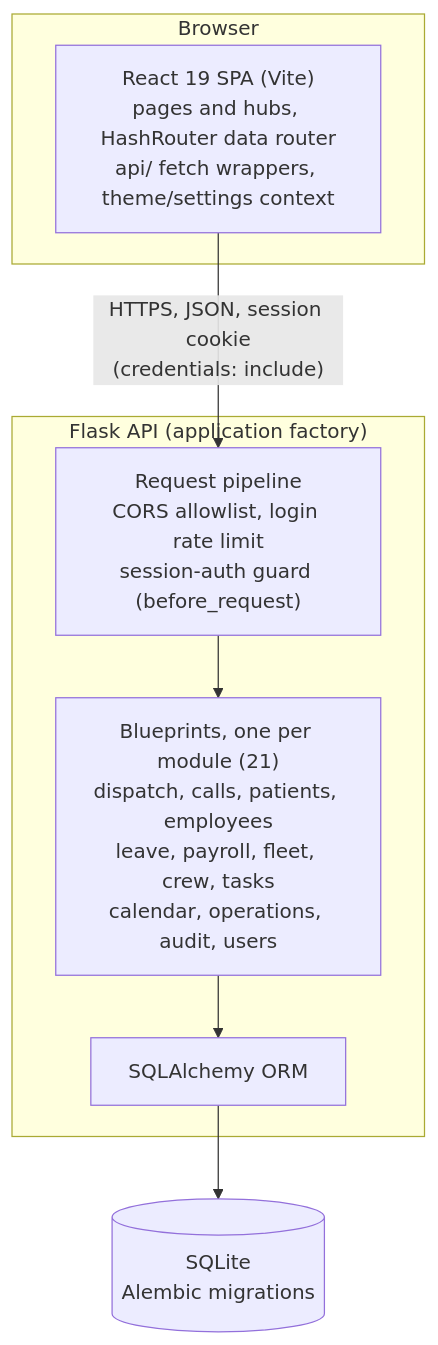
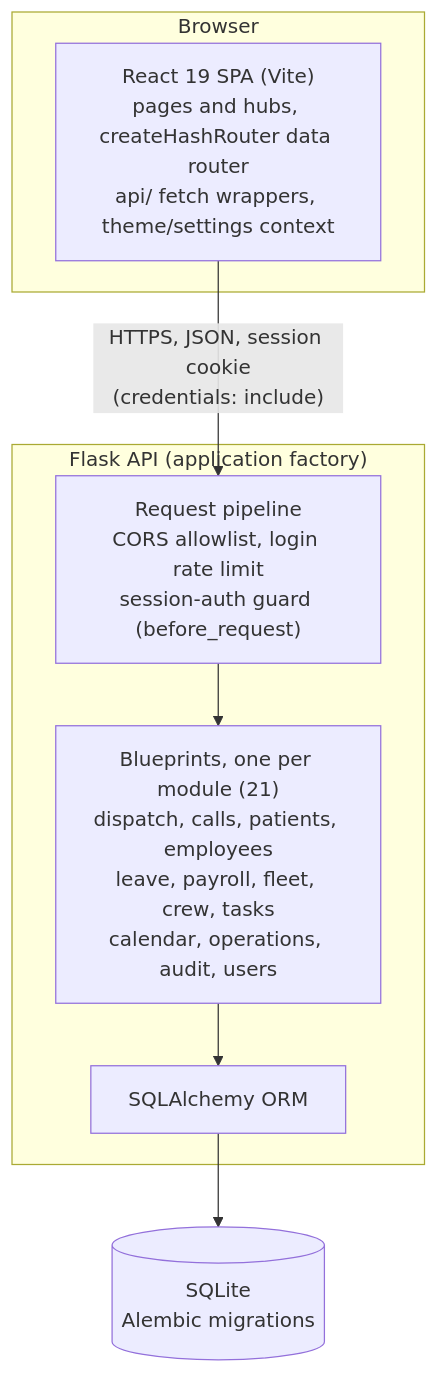
The first of 2 diagrams in README.md (AlehSitsko/ems-workflow-system), drawn with Mermaid before and after one commit. The commit also changed other lines of this file and 10 other files, not shown here.

````diff
--- a/README.md
+++ b/README.md
@@ -202,19 +202,19 @@
 ```mermaid
 flowchart TB
     subgraph browser["Browser"]
-        SPA["React 19 SPA (Vite)<br/>pages and hubs, HashRouter data router<br/>api/ fetch wrappers, theme/settings context"]
+        SPA["React 19 SPA (Vite)<br/>pages and hubs, createHashRouter data router<br/>api/ fetch wrappers, theme/settings context"]
     end
 
     subgraph backend["Flask API (application factory)"]
         MW["Request pipeline<br/>CORS allowlist, login rate limit<br/>session-auth guard (before_request)"]
         BP["Blueprints, one per module (21)<br/>dispatch, calls, patients, employees<br/>leave, payroll, fleet, crew, tasks<br/>calendar, operations, audit, users"]
         ORM["SQLAlchemy ORM"]
     end
 
     DB[("SQLite<br/>Alembic migrations")]
 
     SPA -->|"HTTPS, JSON, session cookie<br/>(credentials: include)"| MW
     MW --> BP
     BP --> ORM
     ORM --> DB
 ```
````
